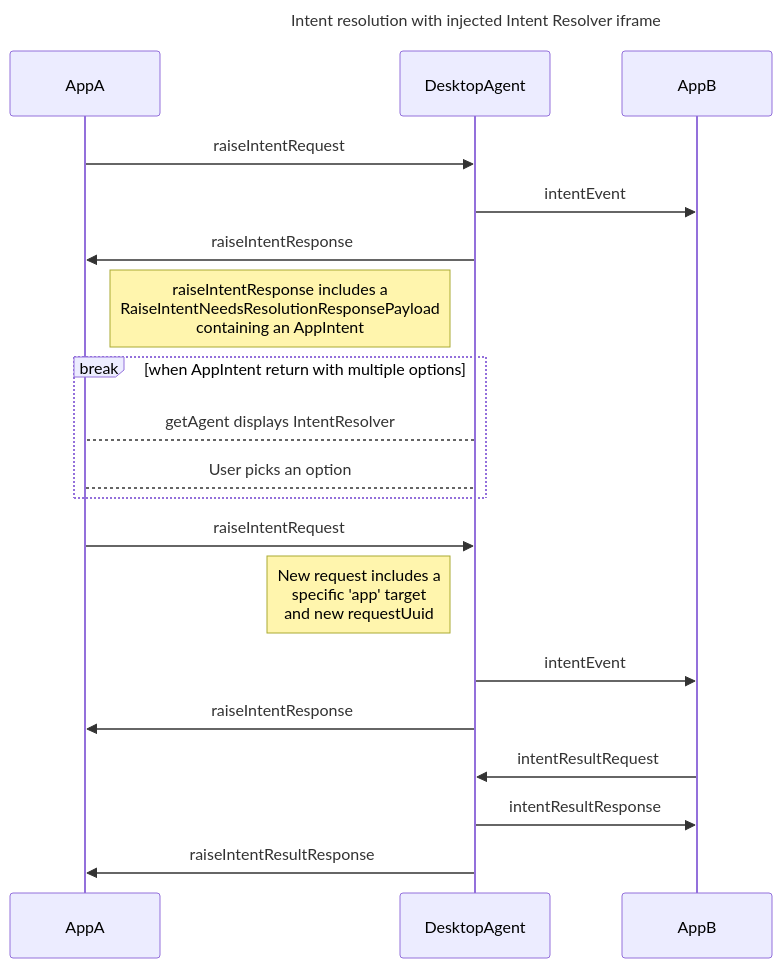
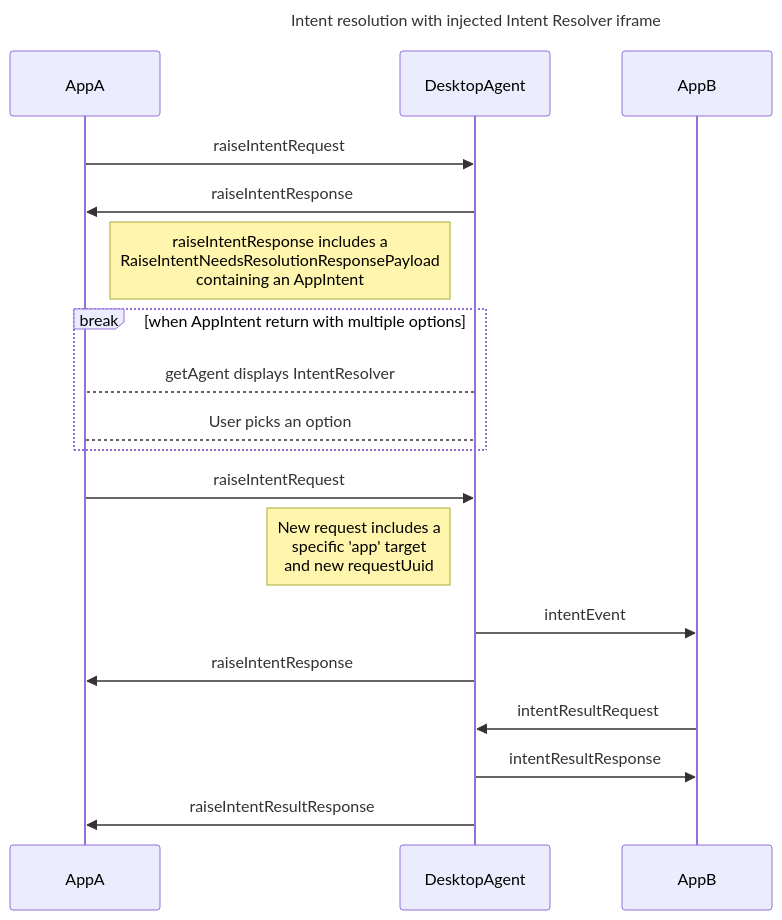
Before and after one commit to finos/FDC3: the fourth of 5 diagrams in docs/api/specs/desktopAgentCommunicationProtocol.md, drawn with Mermaid. The commit also changed 3 other files, not shown here.

````diff
--- a/docs/api/specs/desktopAgentCommunicationProtocol.md
+++ b/docs/api/specs/desktopAgentCommunicationProtocol.md
@@ -313,21 +313,20 @@
 ```mermaid
 ---
 title: Intent resolution with injected Intent Resolver iframe
 ---
 sequenceDiagram
     AppA ->> DesktopAgent: raiseIntentRequest
-    DesktopAgent ->> AppB: intentEvent
     DesktopAgent ->> AppA: raiseIntentResponse
     Note left of DesktopAgent: raiseIntentResponse includes a<br/> RaiseIntentNeedsResolutionResponsePayload<br/>containing an AppIntent
     break when AppIntent return with multiple options
         DesktopAgent --> AppA: getAgent displays IntentResolver
         AppA --> DesktopAgent: User picks an option
     end
     AppA ->> DesktopAgent: raiseIntentRequest
     Note left of DesktopAgent: New request includes a<br/>specific 'app' target<br/>and new requestUuid
     DesktopAgent ->> AppB: intentEvent
     DesktopAgent ->> AppA: raiseIntentResponse
     AppB ->> DesktopAgent: intentResultRequest
     DesktopAgent ->> AppB: intentResultResponse
     DesktopAgent ->> AppA: raiseIntentResultResponse
 ```
````
